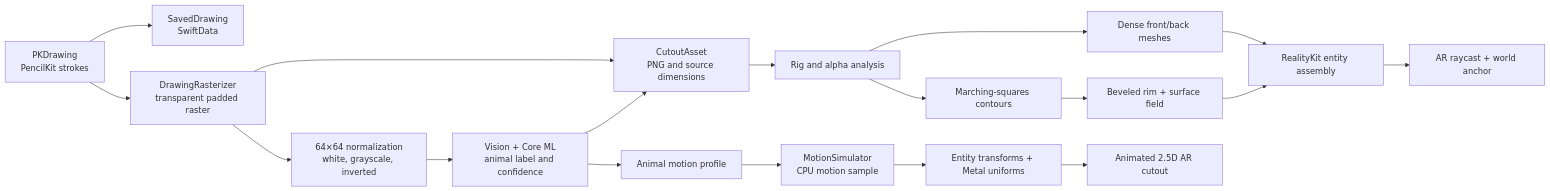
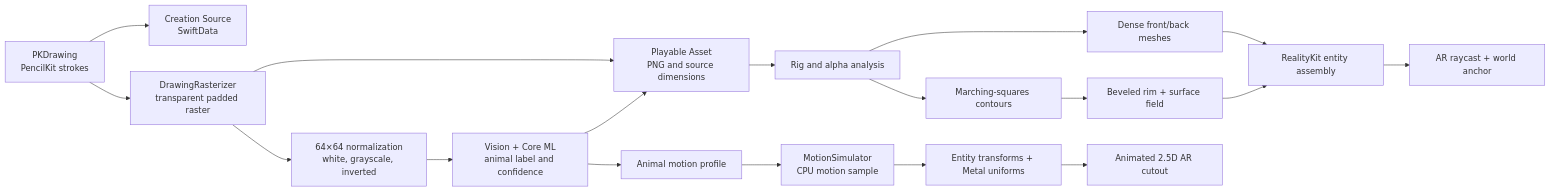
Before and after one commit to dimaswisodewo/Animagic: the first of 2 diagrams in docs/HAND_DRAWING_TO_ANIMATED_AR.md, drawn with Mermaid. The commit also changed other lines of this file and 212 other files, not shown here.

````diff
--- a/docs/HAND_DRAWING_TO_ANIMATED_AR.md
+++ b/docs/HAND_DRAWING_TO_ANIMATED_AR.md
@@ -26,20 +30,20 @@
 ```mermaid
 flowchart LR
-    A["PKDrawing<br/>PencilKit strokes"] --> B["SavedDrawing<br/>SwiftData"]
+    A["PKDrawing<br/>PencilKit strokes"] --> B["Creation Source<br/>SwiftData"]
     A --> C["DrawingRasterizer<br/>transparent padded raster"]
     C --> D["64×64 normalization<br/>white, grayscale, inverted"]
     D --> E["Vision + Core ML<br/>animal label and confidence"]
-    C --> F["CutoutAsset<br/>PNG and source dimensions"]
+    C --> F["Playable Asset<br/>PNG and source dimensions"]
     E --> F
     F --> G["Rig and alpha analysis"]
     G --> H["Dense front/back meshes"]
     G --> I["Marching-squares contours"]
     I --> J["Beveled rim + surface field"]
     H --> K["RealityKit entity assembly"]
     J --> K
     K --> L["AR raycast + world anchor"]
     E --> M["Animal motion profile"]
     M --> N["MotionSimulator<br/>CPU motion sample"]
     N --> O["Entity transforms + Metal uniforms"]
     O --> P["Animated 2.5D AR cutout"]
 ```
````
